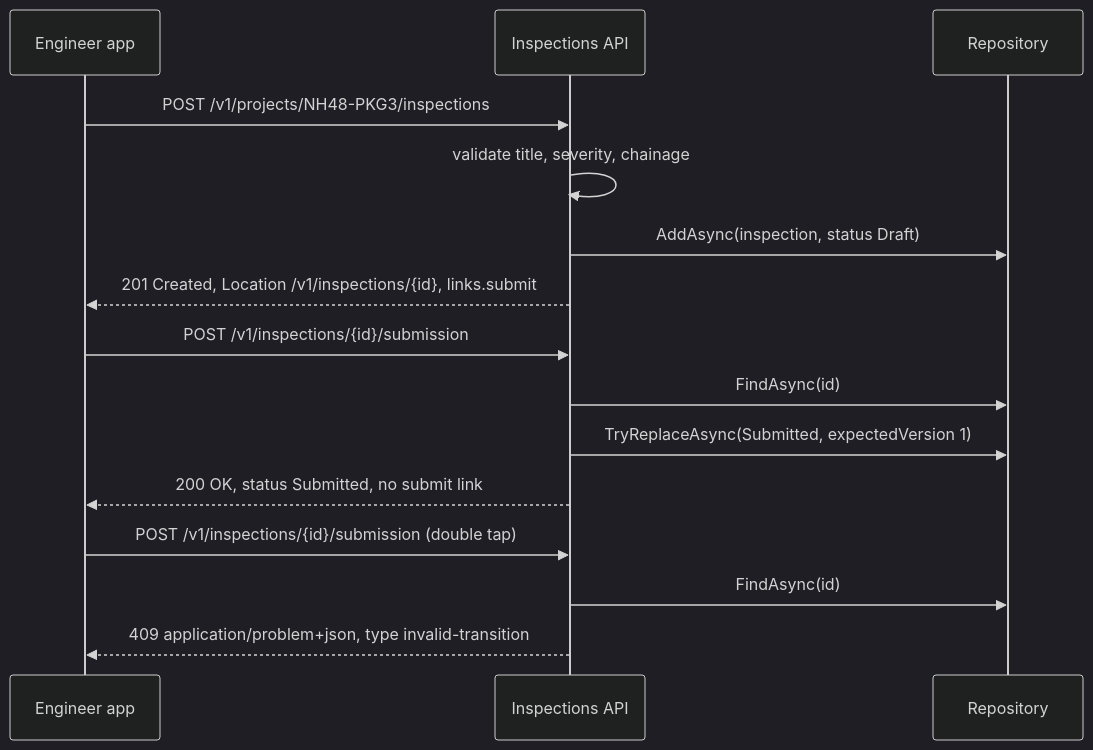
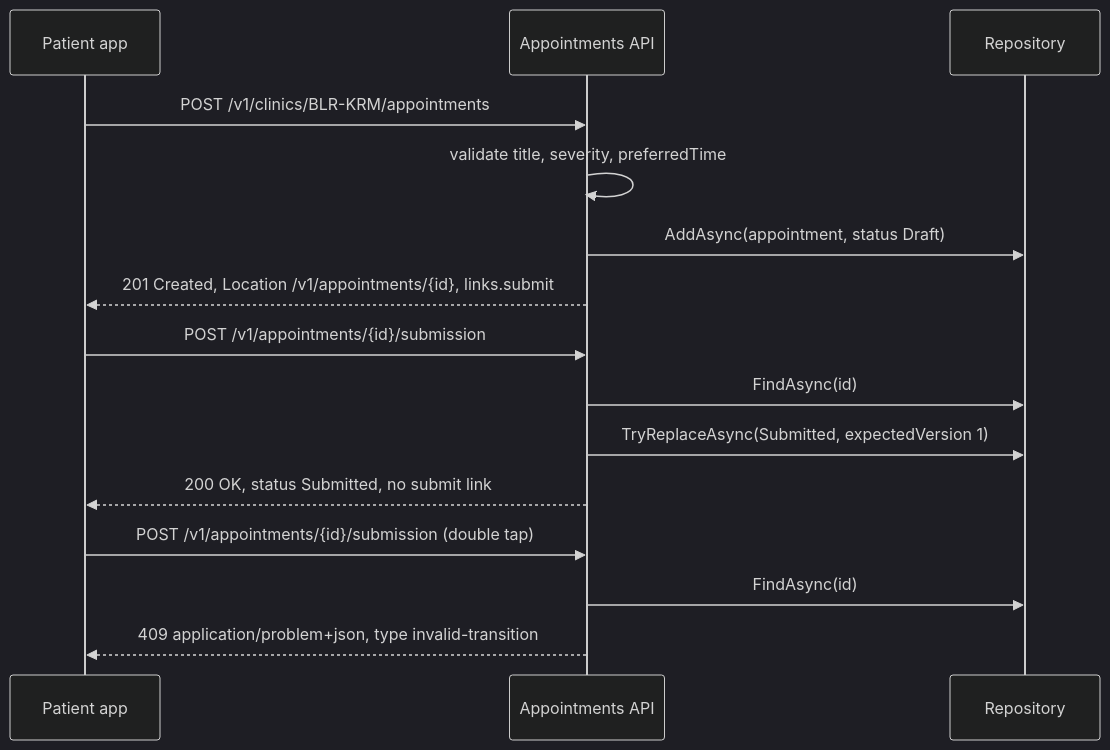
Before and after one commit to rizwi0786/system-design-lab: the second of 3 diagrams in content/lessons/m10/m10-rest-design.md, drawn with Mermaid (dark theme). The commit also changed other lines of this file and 334 other files, not shown here.

````diff
--- a/content/lessons/m10/m10-rest-design.md
+++ b/content/lessons/m10/m10-rest-design.md
@@ -237,17 +244,17 @@
 ```mermaid
 sequenceDiagram
-    participant C as Engineer app
-    participant A as Inspections API
+    participant C as Patient app
+    participant A as Appointments API
     participant R as Repository
-    C->>A: POST /v1/projects/NH48-PKG3/inspections
-    A->>A: validate title, severity, chainage
-    A->>R: AddAsync(inspection, status Draft)
-    A-->>C: 201 Created, Location /v1/inspections/{id}, links.submit
-    C->>A: POST /v1/inspections/{id}/submission
+    C->>A: POST /v1/clinics/BLR-KRM/appointments
+    A->>A: validate title, severity, preferredTime
+    A->>R: AddAsync(appointment, status Draft)
+    A-->>C: 201 Created, Location /v1/appointments/{id}, links.submit
+    C->>A: POST /v1/appointments/{id}/submission
     A->>R: FindAsync(id)
     A->>R: TryReplaceAsync(Submitted, expectedVersion 1)
     A-->>C: 200 OK, status Submitted, no submit link
-    C->>A: POST /v1/inspections/{id}/submission (double tap)
+    C->>A: POST /v1/appointments/{id}/submission (double tap)
     A->>R: FindAsync(id)
     A-->>C: 409 application/problem+json, type invalid-transition
 ```
````
